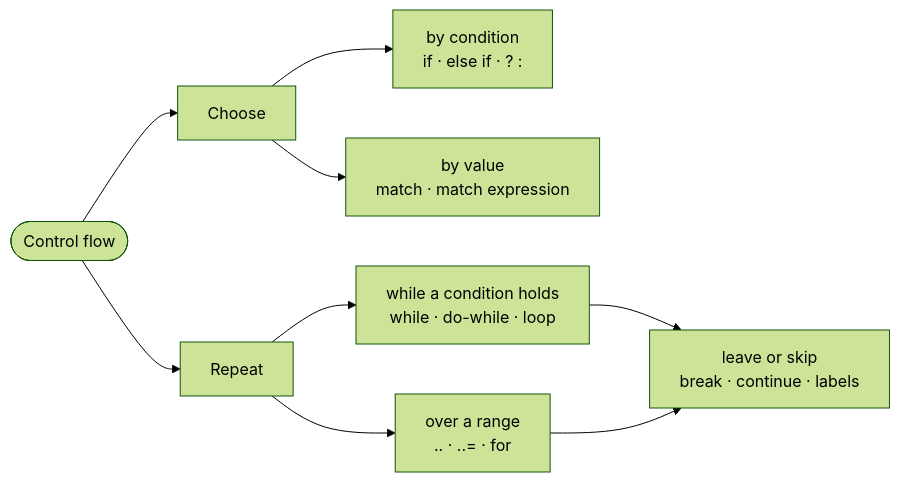
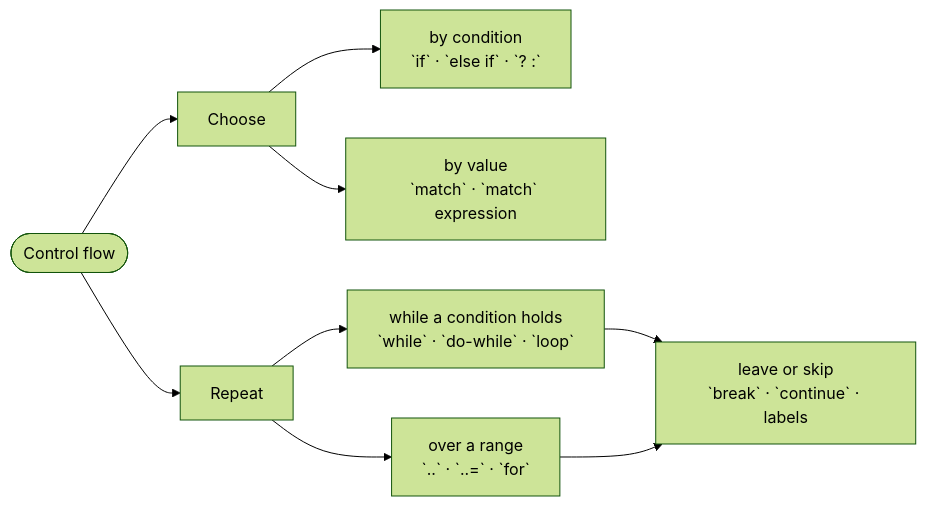
The diagram in content/docs/1.learn/03.control-flow/00.index.md (rux-lang/Web), drawn with Mermaid (forest theme) before and after one commit. The commit also changed 49 other files, not shown here.

````diff
--- a/content/docs/1.learn/03.control-flow/00.index.md
+++ b/content/docs/1.learn/03.control-flow/00.index.md
@@ -24,11 +24,11 @@
 ```mermaid
 flowchart LR
     cf(["Control flow"]) --> choose["Choose"]
     cf --> repeat["Repeat"]
-    choose --> by_cond["by condition<br/>if · else if · ? :"]
-    choose --> by_value["by value<br/>match · match expression"]
-    repeat --> by_test["while a condition holds<br/>while · do-while · loop"]
-    repeat --> by_range["over a range<br/>.. · ..= · for"]
-    by_test --> jump["leave or skip<br/>break · continue · labels"]
+    choose --> by_cond["by condition<br/>`if` · `else if` · `? :`"]
+    choose --> by_value["by value<br/>`match` · `match` expression"]
+    repeat --> by_test["while a condition holds<br/>`while` · `do-while` · `loop`"]
+    repeat --> by_range["over a range<br/>`..` · `..=` · `for`"]
+    by_test --> jump["leave or skip<br/>`break` · `continue` · labels"]
     by_range --> jump
 ```
````
